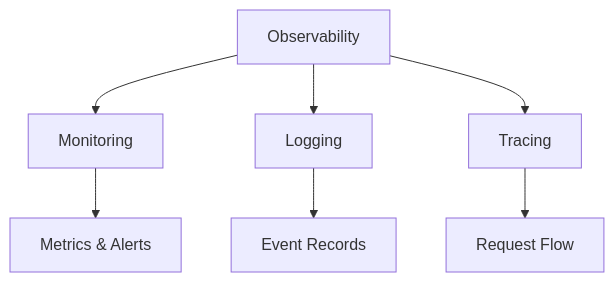
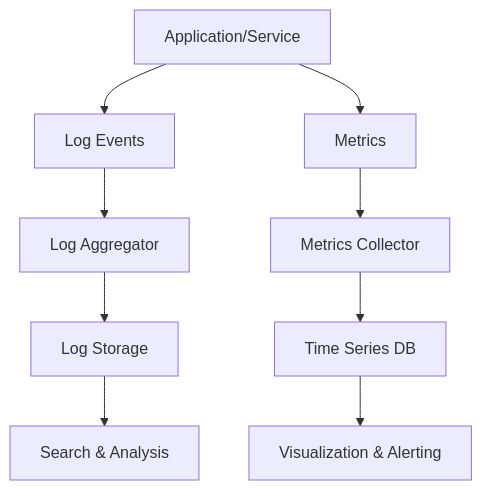
The diagram in monitoring-and-logging/README.md (VrushankPatel/interview-matters), drawn with Mermaid before and after one commit. The commit also changed other lines of this file and 4 other files, not shown here.

Commit message:
kb: add/update topics Monitoring and Logging, Async logging, DevOps & Infrastructure as Code, Proxy forward and reverse, Load balancing and strategies

````diff
--- a/monitoring-and-logging/README.md
+++ b/monitoring-and-logging/README.md
@@ -51,9 +47,11 @@
 ```mermaid
 graph TD
-    A[Observability] --> B[Monitoring]
-    A --> C[Logging]
-    A --> D[Tracing]
-    B --> E[Metrics & Alerts]
-    C --> F[Event Records]
-    D --> G[Request Flow]
+    A[Application/Service] --> B[Log Events]
+    A --> C[Metrics]
+    B --> D[Log Aggregator]
+    C --> E[Metrics Collector]
+    D --> F[Log Storage]
+    E --> G[Time Series DB]
+    F --> H[Search & Analysis]
+    G --> I[Visualization & Alerting]
 ```
````
